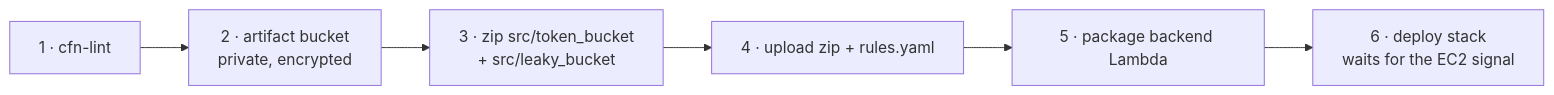
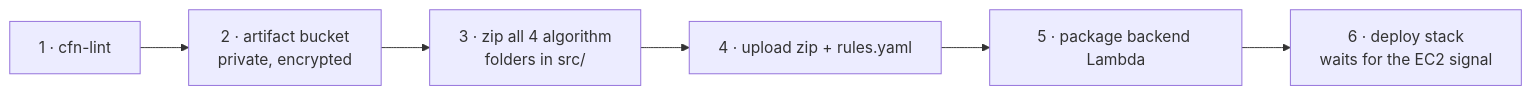
Before and after one commit to TareDevarsh/AWS-cloudformation-projects: the second of 4 diagrams in 03-rate-limiter/docs/workflow.md, drawn with Mermaid. The commit also changed other lines of this file and 36 other files, not shown here.

````diff
--- a/03-rate-limiter/docs/workflow.md
+++ b/03-rate-limiter/docs/workflow.md
@@ -24,8 +26,8 @@
 ```mermaid
 flowchart LR
     L[1 · cfn-lint] --> B[2 · artifact bucket<br/>private, encrypted]
-    B --> Z[3 · zip src/token_bucket<br/>+ src/leaky_bucket]
+    B --> Z[3 · zip all 4 algorithm<br/>folders in src/]
     Z --> U[4 · upload zip + rules.yaml]
     U --> P[5 · package backend Lambda]
     P --> D[6 · deploy stack<br/>waits for the EC2 signal]
 ```
````
